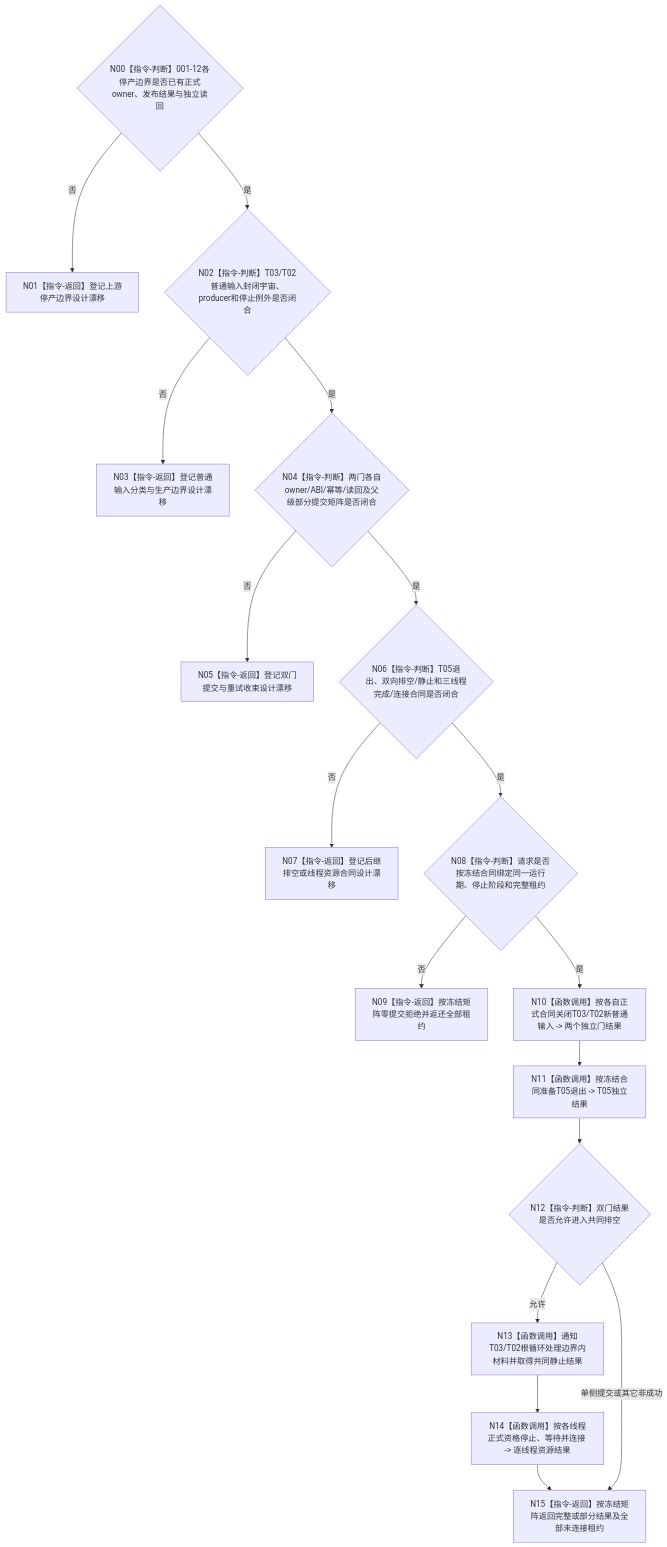
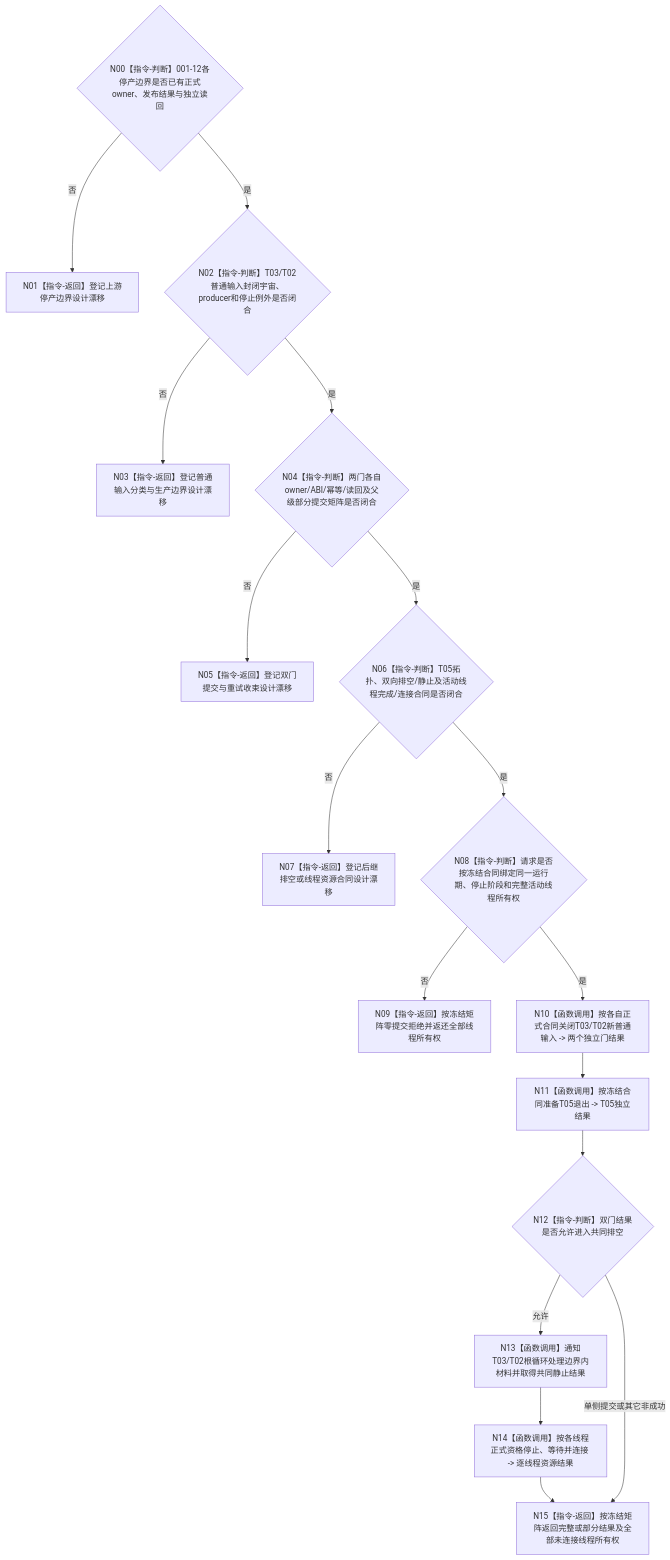
Before and after one commit to chunhaizh-cyber/HY-Ego: the diagram in 流程图/目标业务流程图/L2/BIZ-L2-001-14_共同排空双向治理材料并连接任务管理自我和控制面板线程_目标函数流程图_v0.2.md, drawn with Mermaid. The commit also changed other lines of this file and 15 other files, not shown here.

````diff
--- a/流程图/目标业务流程图/L2/BIZ-L2-001-14_共同排空双向治理材料并连接任务管理自我和控制面板线程_目标函数流程图_v0.2.md
+++ b/流程图/目标业务流程图/L2/BIZ-L2-001-14_共同排空双向治理材料并连接任务管理自我和控制面板线程_目标函数流程图_v0.2.md
@@ -34,32 +34,32 @@
 ```mermaid
 flowchart TD
     N00{"N00【指令-判断】001-12各停产边界是否已有正式owner、发布结果与独立读回"}
     N01["N01【指令-返回】登记上游停产边界设计漂移"]
     N02{"N02【指令-判断】T03/T02普通输入封闭宇宙、producer和停止例外是否闭合"}
     N03["N03【指令-返回】登记普通输入分类与生产边界设计漂移"]
     N04{"N04【指令-判断】两门各自owner/ABI/幂等/读回及父级部分提交矩阵是否闭合"}
     N05["N05【指令-返回】登记双门提交与重试收束设计漂移"]
-    N06{"N06【指令-判断】T05退出、双向排空/静止和三线程完成/连接合同是否闭合"}
+    N06{"N06【指令-判断】T05拓扑、双向排空/静止及活动线程完成/连接合同是否闭合"}
     N07["N07【指令-返回】登记后继排空或线程资源合同设计漂移"]
-    N08{"N08【指令-判断】请求是否按冻结合同绑定同一运行期、停止阶段和完整租约"}
-    N09["N09【指令-返回】按冻结矩阵零提交拒绝并返还全部租约"]
+    N08{"N08【指令-判断】请求是否按冻结合同绑定同一运行期、停止阶段和完整活动线程所有权"}
+    N09["N09【指令-返回】按冻结矩阵零提交拒绝并返还全部线程所有权"]
     N10["N10【函数调用】按各自正式合同关闭T03/T02新普通输入 -> 两个独立门结果"]
     N11["N11【函数调用】按冻结合同准备T05退出 -> T05独立结果"]
     N12{"N12【指令-判断】双门结果是否允许进入共同排空"}
     N13["N13【函数调用】通知T03/T02根循环处理边界内材料并取得共同静止结果"]
     N14["N14【函数调用】按各线程正式资格停止、等待并连接 -> 逐线程资源结果"]
-    N15["N15【指令-返回】按冻结矩阵返回完整或部分结果及全部未连接租约"]
+    N15["N15【指令-返回】按冻结矩阵返回完整或部分结果及全部未连接线程所有权"]
 
     N00 -->|否| N01
     N00 -->|是| N02
     N02 -->|否| N03
     N02 -->|是| N04
     N04 -->|否| N05
     N04 -->|是| N06
     N06 -->|否| N07
     N06 -->|是| N08
     N08 -->|否| N09
     N08 -->|是| N10 --> N11 --> N12
     N12 -->|允许| N13 --> N14 --> N15
     N12 -->|单侧提交或其它非成功| N15
 ```
````
